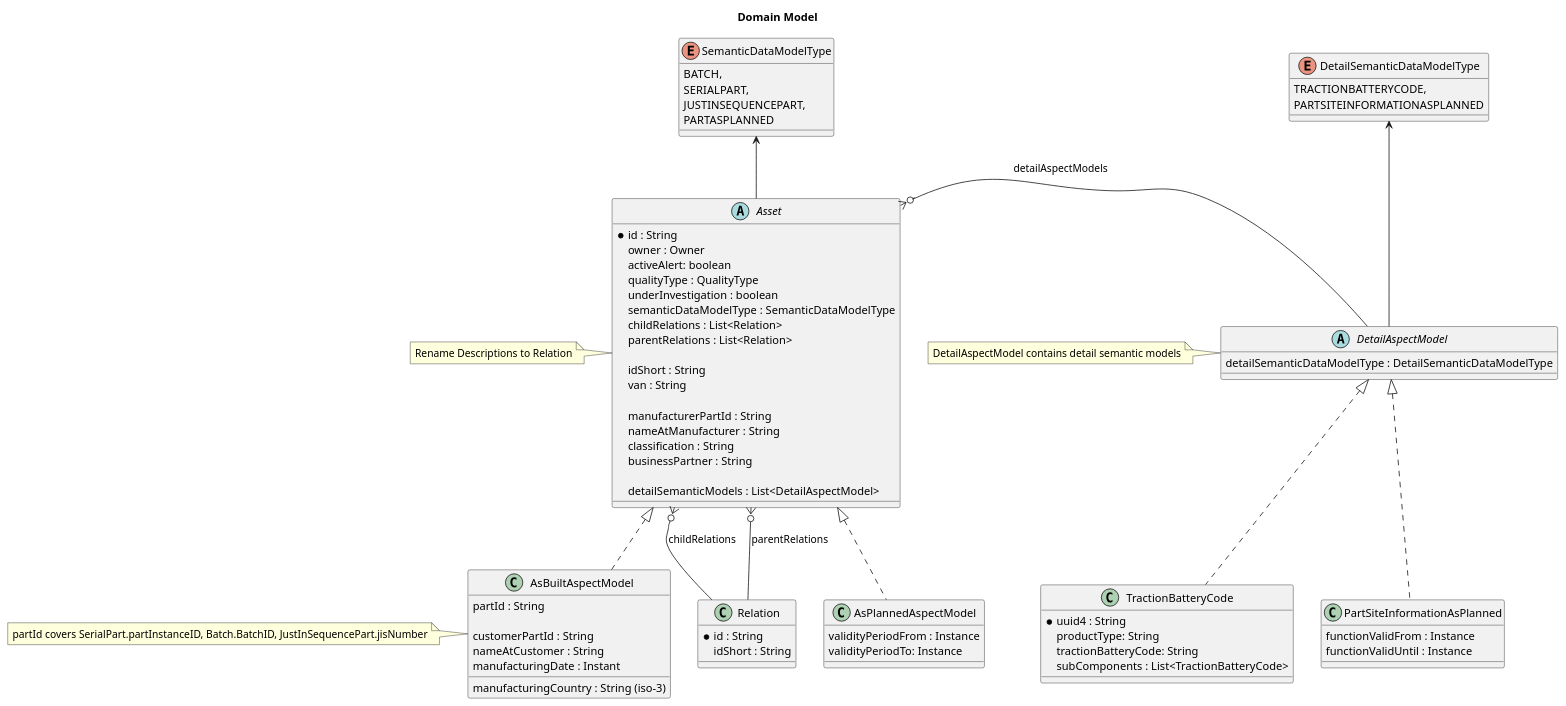
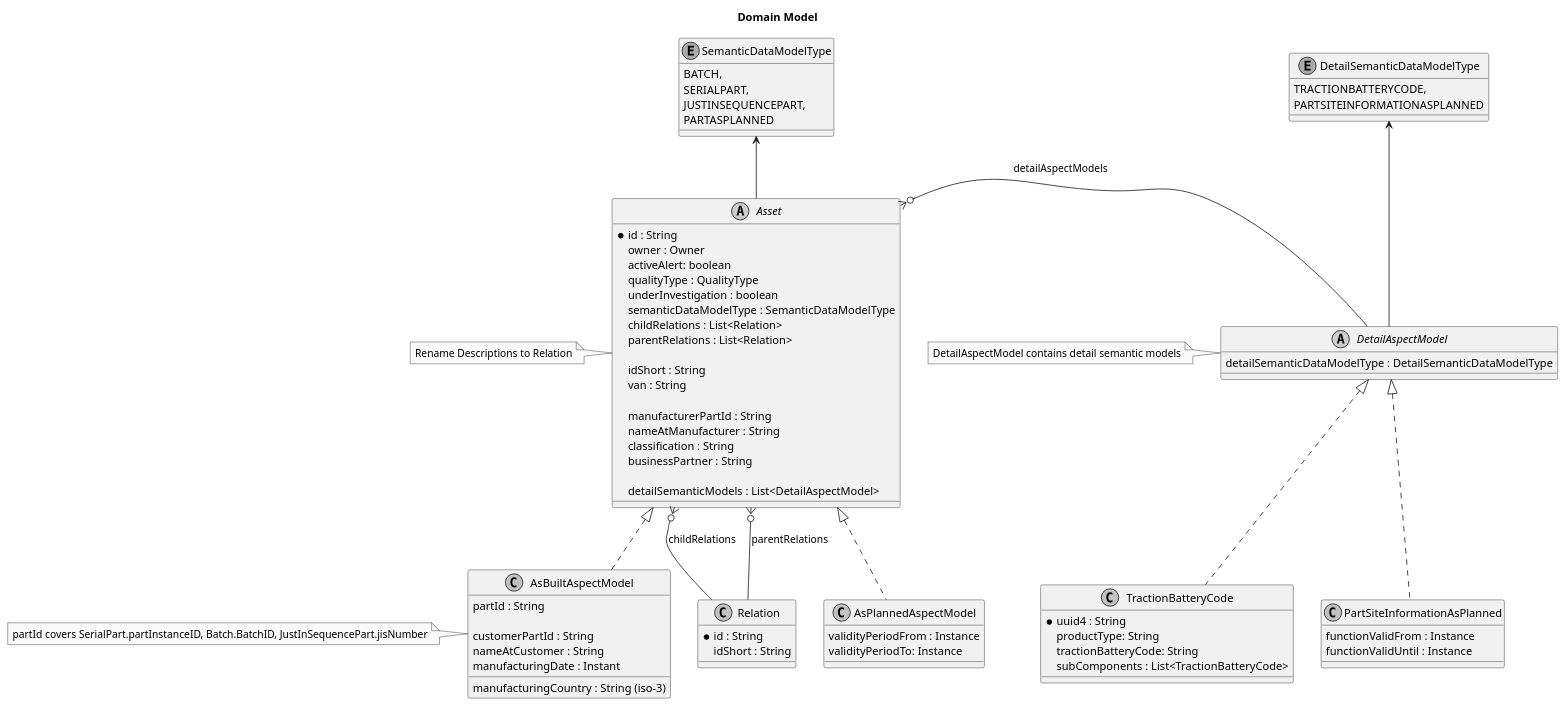
One commit to eclipse-tractusx/traceability-foss changed the diagram in docs/src/uml-diagrams/concept/TRACEFOSS-1423/domain-model.puml. Above: the diagram before and after it, drawn with PlantUML.

Commit message:
fix(domain):[TRACEFOSS-1423] add manufacturerName

```diff
--- a/docs/src/uml-diagrams/concept/TRACEFOSS-1423/domain-model.puml
+++ b/docs/src/uml-diagrams/concept/TRACEFOSS-1423/domain-model.puml
@@ -1,108 +1,109 @@
 @startuml
 
 title: Domain Model
-
+skinparam monochrome true
+skinparam shadowing false
 
 abstract Asset {
         *   id : String
         owner : Owner
         activeAlert: boolean
         qualityType : QualityType
         underInvestigation : boolean
         semanticDataModelType : SemanticDataModelType
         childRelations : List<Relation>
         parentRelations : List<Relation>
 
         idShort : String
         van : String
 
         manufacturerPartId : String /' partTypeInformation.manufacturerPartId '/
         nameAtManufacturer : String /' partTypeInformation.nameAtManufacturer '/
         classification : String /' partTypeInformation.classification '/
         businessPartner : String /' BusinessPartner '/
 
         detailSemanticModels : List<DetailAspectModel>
 }
 
 note left
     Rename Descriptions to Relation
 end note
 
 
 abstract DetailAspectModel {
     detailSemanticDataModelType : DetailSemanticDataModelType
 }
 note left
     DetailAspectModel contains detail semantic models
 end note
 
 
 class Relation {
        *   id : String
        idShort : String
 }
 
 enum SemanticDataModelType {
     BATCH,
     SERIALPART,
     JUSTINSEQUENCEPART,
     PARTASPLANNED
 }
 
 
 enum DetailSemanticDataModelType {
     TRACTIONBATTERYCODE,
     PARTSITEINFORMATIONASPLANNED
 }
 
 class AsBuiltAspectModel {
     partId : String /' BatchID ,  jisNumber , partInstanceID'/
 
     /' specific customer attribute for asBuilt '/
     customerPartId : String
     nameAtCustomer : String
     manufacturingCountry : String (iso-3)
     manufacturingDate : Instant
 }
 
 note left
     partId covers SerialPart.partInstanceID, Batch.BatchID, JustInSequencePart.jisNumber
 end note
 
 class TractionBatteryCode {
     * uuid4 : String /' UUID ID '/
     productType: String
     tractionBatteryCode: String
     subComponents : List<TractionBatteryCode>
 }
 
 class  AsPlannedAspectModel { /' PartAsPlanned '/
 /'
     1.0.0
 '/
     validityPeriodFrom : Instance
     validityPeriodTo: Instance
 }
 
 class PartSiteInformationAsPlanned {
 /'
     1.0.0
     Currently this is not ready for implementing - there is no specification right now.
 '/
     functionValidFrom : Instance
     functionValidUntil : Instance
 
 }
 
 
 SemanticDataModelType <-- Asset
 DetailSemanticDataModelType <-- DetailAspectModel
 Asset <|.. AsBuiltAspectModel
 Asset <|.. AsPlannedAspectModel
 
 Asset }o-- Relation : childRelations
 Asset }o--  Relation : parentRelations
 Asset }o- DetailAspectModel : detailAspectModels
 DetailAspectModel  <|.. TractionBatteryCode
 DetailAspectModel  <|..  PartSiteInformationAsPlanned
 @enduml
```
